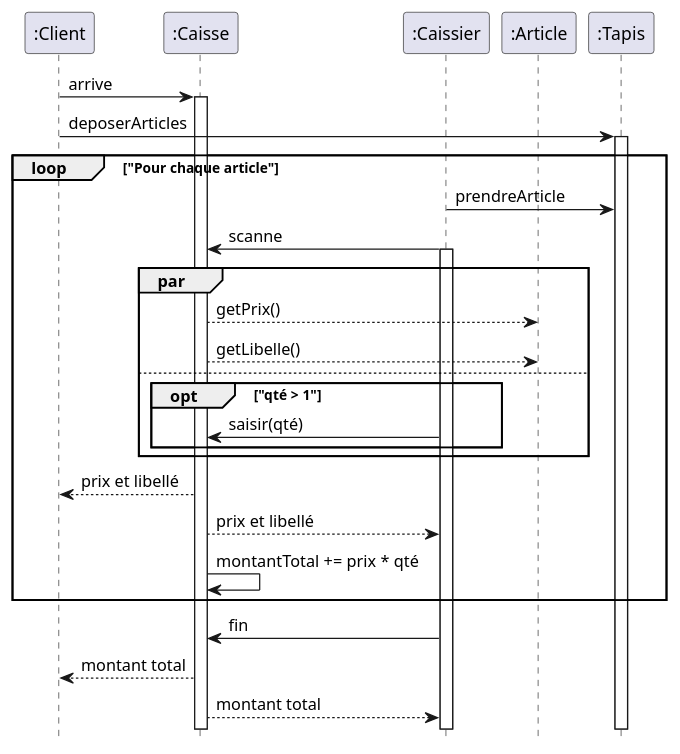
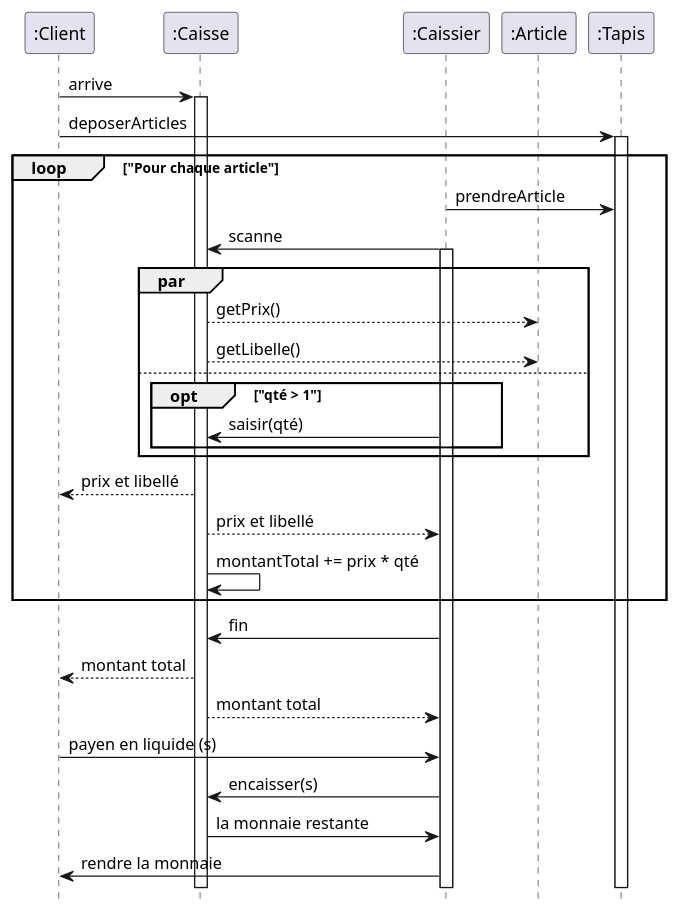
One commit to IUT-Blagnac/bcoo-El-FaroukA changed the diagram in td5.plantuml. Above: the diagram before and after it, drawn with PlantUML.

Commit message:
mise à jour td 5.2

```diff
--- a/td5.plantuml
+++ b/td5.plantuml
@@ -1,47 +1,53 @@
 @startuml
 
 'autonumber
 hide footbox
 
 participant A as ":Client"
 participant B as ":Caisse"
 participant C as ":Caissier"
 participant D as ":Article"
 participant E as ":Tapis"
 
 
 A -> B: arrive
 activate B
 
 A -> E : deposerArticles
 activate E
 
 loop "Pour chaque article"
   C -> E: prendreArticle
   C -> B: scanne
   activate C
   
   par
   B --> D: getPrix()
   B --> D: getLibelle()
   
   else
   opt "qté > 1"
     C -> B: saisir(qté)
   end
   end
   B --> A: prix et libellé
   B --> C: prix et libellé
 
   B -> B: montantTotal += prix * qté
 end
 
-C -> B:fin
-
+  C -> B:fin
   B --> A: montant total
   B --> C: montant total  
+  
+  A -> C: payen en liquide (s)
+  C -> B: encaisser(s)
+
+  B -> C: la monnaie restante
+  C -> A: rendre la monnaie
+
   
 
 
 
 @enduml
```
